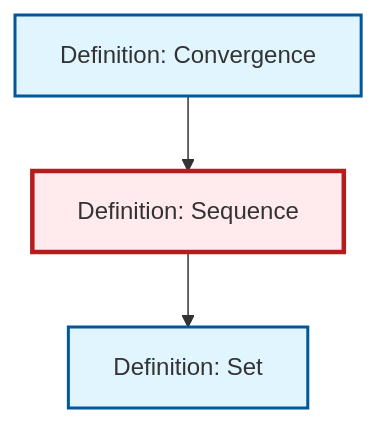
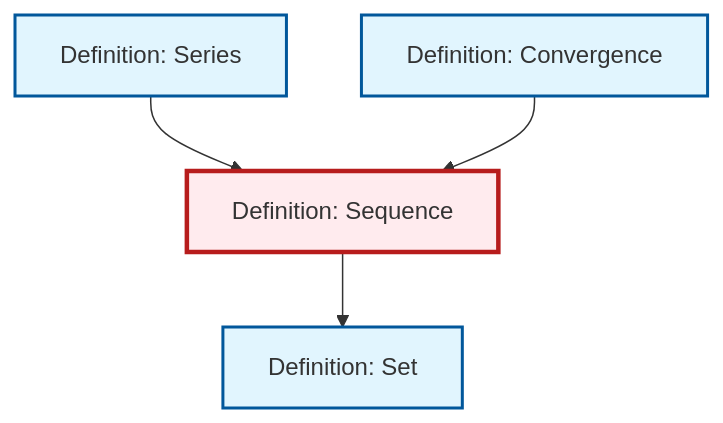
One commit to RK0429/ModernMath changed the diagram in content/ja/analysis/def-sequence.qmd. Above: the diagram before and after it, drawn with Mermaid. The commit also changed 474 other files, not shown here.

````diff
--- a/content/ja/analysis/def-sequence.qmd
+++ b/content/ja/analysis/def-sequence.qmd
@@ -75,17 +75,20 @@
 ```{mermaid}
 %%| fig-cap: "Local dependency graph"
 graph TD
     classDef definition fill:#e1f5fe,stroke:#01579b,stroke-width:2px
     classDef theorem fill:#f3e5f5,stroke:#4a148c,stroke-width:2px
     classDef axiom fill:#fff3e0,stroke:#e65100,stroke-width:2px
     classDef example fill:#e8f5e9,stroke:#1b5e20,stroke-width:2px
     classDef current fill:#ffebee,stroke:#b71c1c,stroke-width:3px
-    def-set["Definition: Set"]:::definition
+    def-series["Definition: Series"]:::definition
     def-sequence["Definition: Sequence"]:::definition
     def-convergence["Definition: Convergence"]:::definition
+    def-set["Definition: Set"]:::definition
+    def-series --> def-sequence
     def-sequence --> def-set
     def-convergence --> def-sequence
     class def-sequence current
+    click def-series "def-series.html" "Definition: Seriesへ"
+    click def-convergence "def-convergence.html" "Definition: Convergenceへ"
     click def-set "def-set.html" "Definition: Setへ"
-    click def-convergence "def-convergence.html" "Definition: Convergenceへ"
 ```
````
